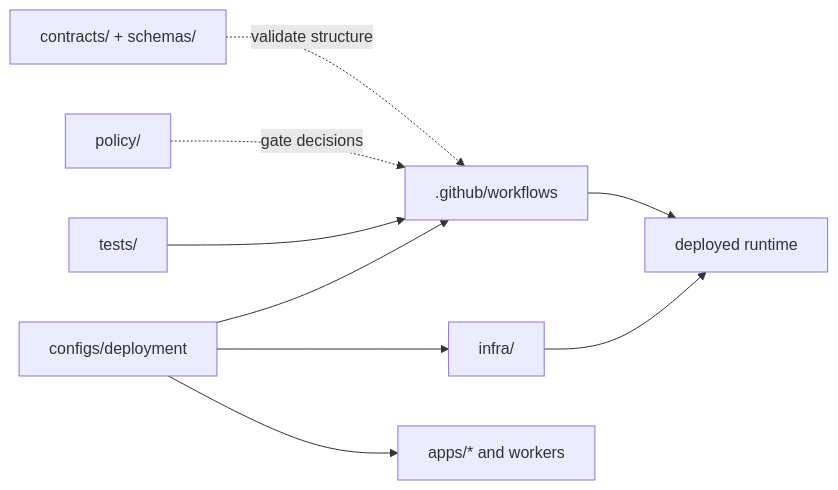
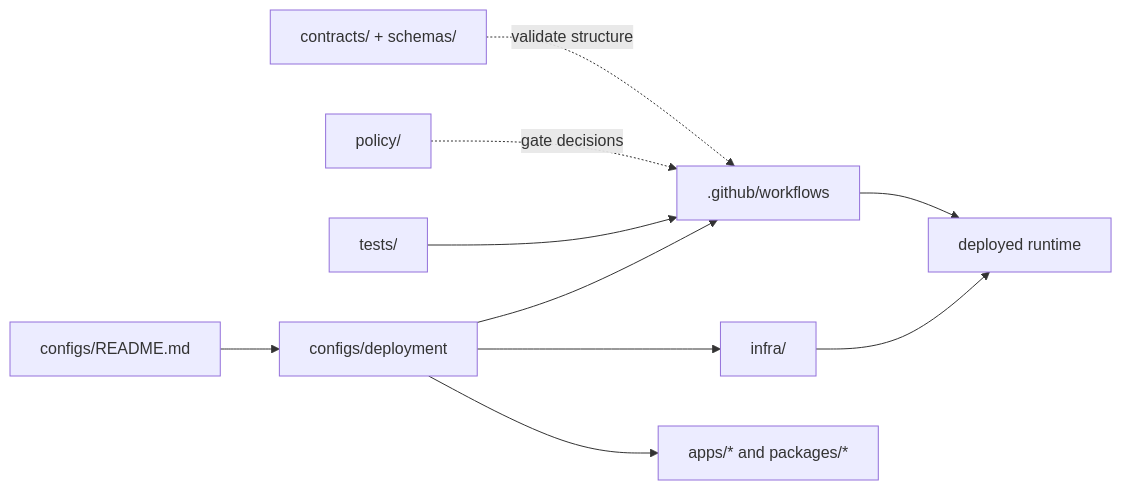
Before and after one commit to bartytime4life/Kansas-Frontier-Matrix: the diagram in configs/deployment/README.md, drawn with Mermaid. The commit also changed other lines of this file, not shown here.

````diff
--- a/configs/deployment/README.md
+++ b/configs/deployment/README.md
@@ -243,20 +264,22 @@
 ```mermaid
 flowchart LR
     C[configs/deployment]
+    CR[configs/README.md]
     W[.github/workflows]
     I[infra/]
-    A[apps/* and workers]
+    A[apps/* and packages/*]
     T[tests/]
     P[policy/]
     K[contracts/ + schemas/]
     R[deployed runtime]
 
+    CR --> C
     C --> A
     C --> W
     C --> I
     T --> W
     P -. gate decisions .-> W
     K -. validate structure .-> W
     I --> R
     W --> R
 ```
````
